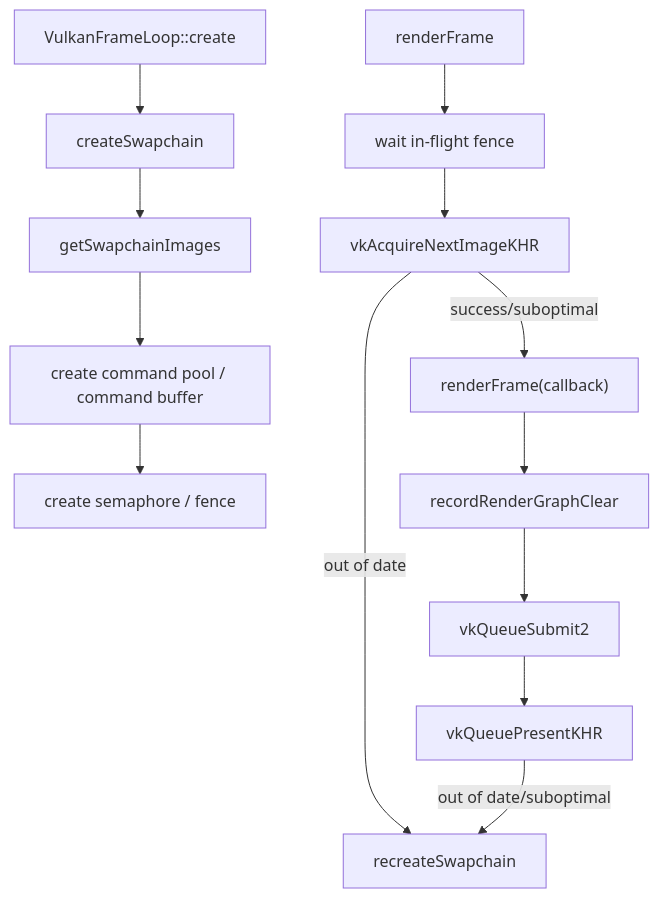
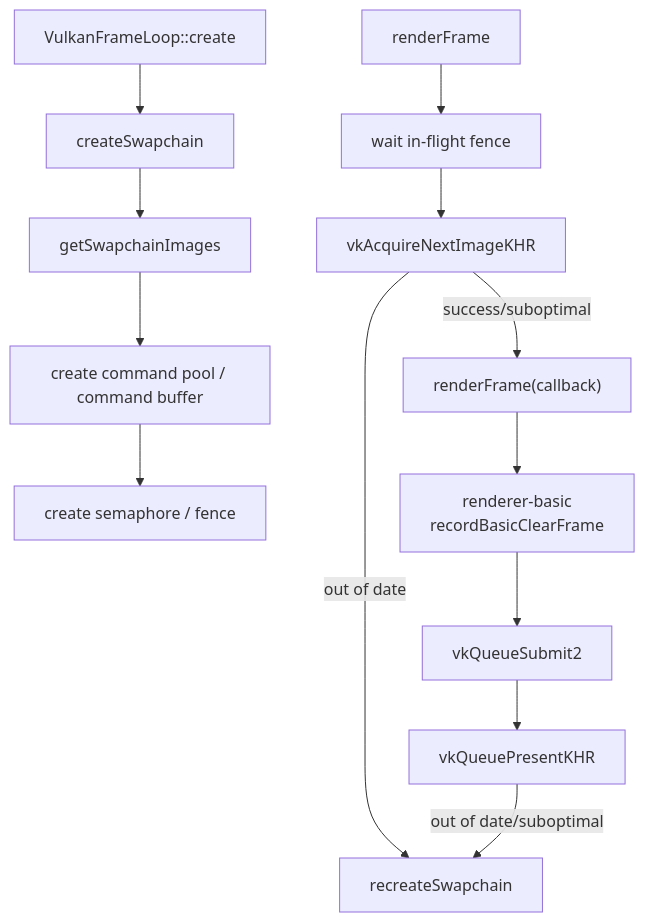
The third of 7 diagrams in docs/flow-architecture.md (66six11/Engine), drawn with Mermaid before and after one commit. The commit also changed other lines of this file and 7 other files, not shown here.

Commit message:
Move clear frame recording into renderer basic

````diff
--- a/docs/flow-architecture.md
+++ b/docs/flow-architecture.md
@@ -89,22 +91,22 @@
 ```mermaid
 flowchart TD
     Create["VulkanFrameLoop::create"]
     Swapchain["createSwapchain"]
     Images["getSwapchainImages"]
     Cmd["create command pool / command buffer"]
     Sync["create semaphore / fence"]
     Render["renderFrame"]
     Wait["wait in-flight fence"]
     Acquire["vkAcquireNextImageKHR"]
     Record["renderFrame(callback)"]
-    GraphClear["recordRenderGraphClear"]
+    GraphClear["renderer-basic<br/>recordBasicClearFrame"]
     Submit["vkQueueSubmit2"]
     Present["vkQueuePresentKHR"]
     Recreate["recreateSwapchain"]
 
     Create --> Swapchain --> Images --> Cmd --> Sync
     Render --> Wait --> Acquire
     Acquire -->|success/suboptimal| Record --> GraphClear --> Submit --> Present
     Acquire -->|out of date| Recreate
     Present -->|out of date/suboptimal| Recreate
 ```
````
